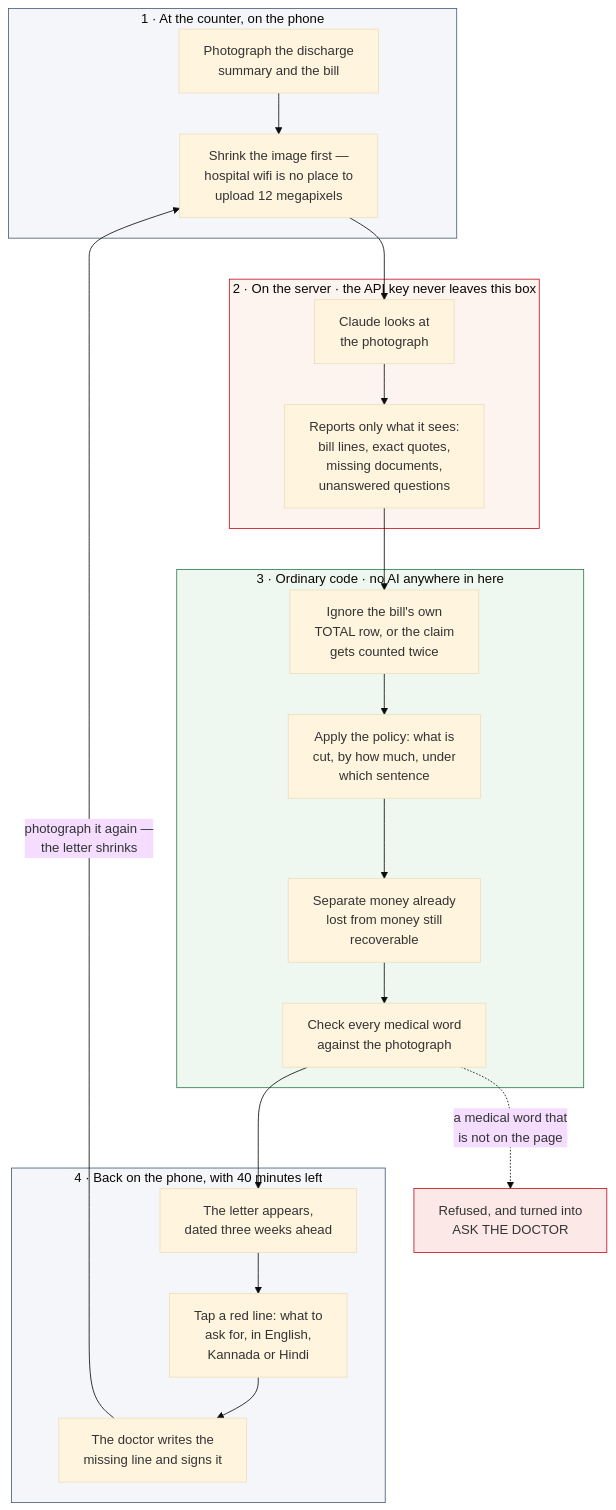
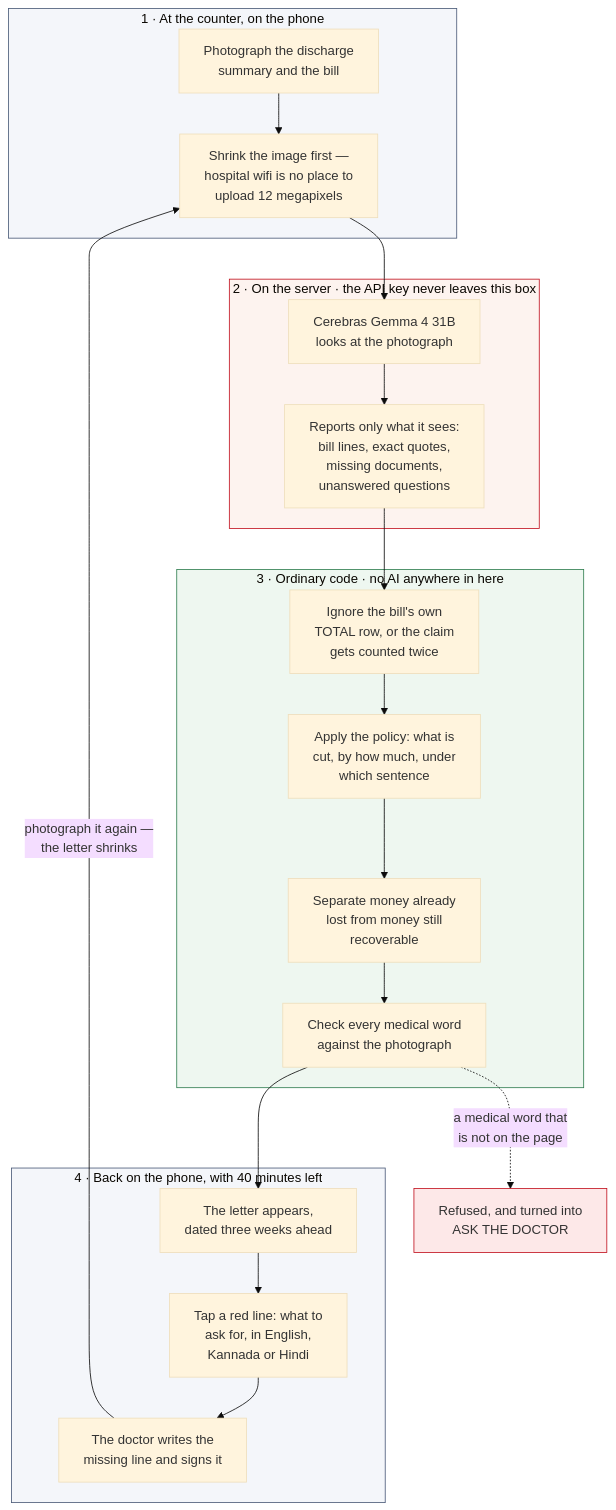
One commit to sivaratrisrinivas/postdated changed the diagram in README.md. Above: the diagram before and after it, drawn with Mermaid (base theme). The commit also changed other lines of this file and 6 other files, not shown here.

````diff
--- a/README.md
+++ b/README.md
@@ -75,33 +75,33 @@
 ```mermaid
 flowchart TB
     subgraph counter["1 · At the counter, on the phone"]
         A["Photograph the discharge<br/>summary and the bill"] --> B["Shrink the image first —<br/>hospital wifi is no place to<br/>upload 12 megapixels"]
     end
 
     subgraph server["2 · On the server · the API key never leaves this box"]
-        C["Claude looks at<br/>the photograph"] --> D["Reports only what it sees:<br/>bill lines, exact quotes,<br/>missing documents,<br/>unanswered questions"]
+        C["Cerebras Gemma 4 31B<br/>looks at the photograph"] --> D["Reports only what it sees:<br/>bill lines, exact quotes,<br/>missing documents,<br/>unanswered questions"]
     end
 
     subgraph plain["3 · Ordinary code · no AI anywhere in here"]
         E["Ignore the bill's own<br/>TOTAL row, or the claim<br/>gets counted twice"] --> F["Apply the policy: what is<br/>cut, by how much, under<br/>which sentence"]
         F --> G["Separate money already<br/>lost from money still<br/>recoverable"]
         G --> H["Check every medical word<br/>against the photograph"]
     end
 
     subgraph act["4 · Back on the phone, with 40 minutes left"]
         L["The letter appears,<br/>dated three weeks ahead"] --> M["Tap a red line: what to<br/>ask for, in English,<br/>Kannada or Hindi"]
         M --> N["The doctor writes the<br/>missing line and signs it"]
     end
 
     B --> C
     D --> E
     H --> L
     N -->|"photograph it again —<br/>the letter shrinks"| B
     H -.->|"a medical word that<br/>is not on the page"| P["Refused, and turned into<br/>ASK THE DOCTOR"]
 
     style counter fill:#f4f6fa,stroke:#4a5a78
     style server fill:#fdf3ef,stroke:#c1121f
     style plain fill:#eef7f0,stroke:#2f7d4f
     style act fill:#f4f6fa,stroke:#4a5a78
     style P fill:#fde8e8,stroke:#c1121f
 ```
````
